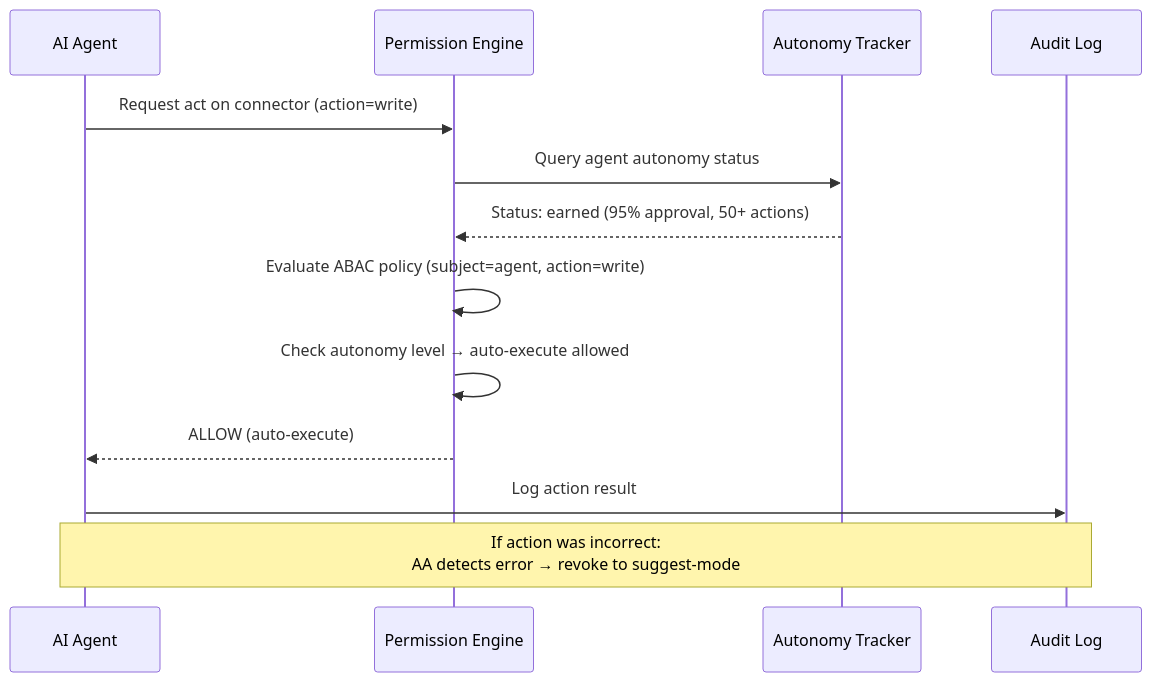
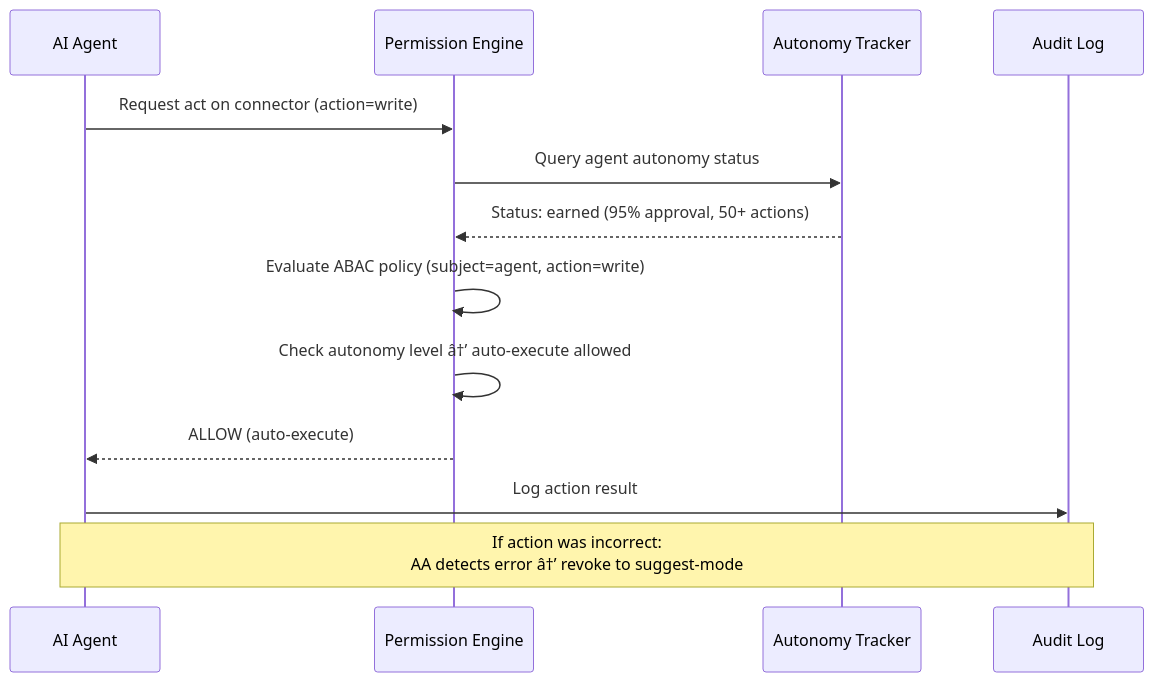
The second of 2 diagrams in Docs/Backend/Authorization.md (Driftloom/Vaeloom), drawn with Mermaid before and after one commit. The commit also changed other lines of this file and 249 other files, not shown here.

````diff
--- a/Docs/Backend/Authorization.md
+++ b/Docs/Backend/Authorization.md
@@ -175,17 +175,17 @@
 ```mermaid
 sequenceDiagram
     participant Agent as AI Agent
     participant PE as Permission Engine
     participant AA as Autonomy Tracker
     participant AL as Audit Log
 
     Agent->>PE: Request act on connector (action=write)
     PE->>AA: Query agent autonomy status
     AA-->>PE: Status: earned (95% approval, 50+ actions)
     PE->>PE: Evaluate ABAC policy (subject=agent, action=write)
-    PE->>PE: Check autonomy level → auto-execute allowed
+    PE->>PE: Check autonomy level â†’ auto-execute allowed
     PE-->>Agent: ALLOW (auto-execute)
     Agent->>AL: Log action result
 
-    Note over Agent,AL: If action was incorrect:<br/>AA detects error → revoke to suggest-mode
+    Note over Agent,AL: If action was incorrect:<br/>AA detects error â†’ revoke to suggest-mode
 ```
````
